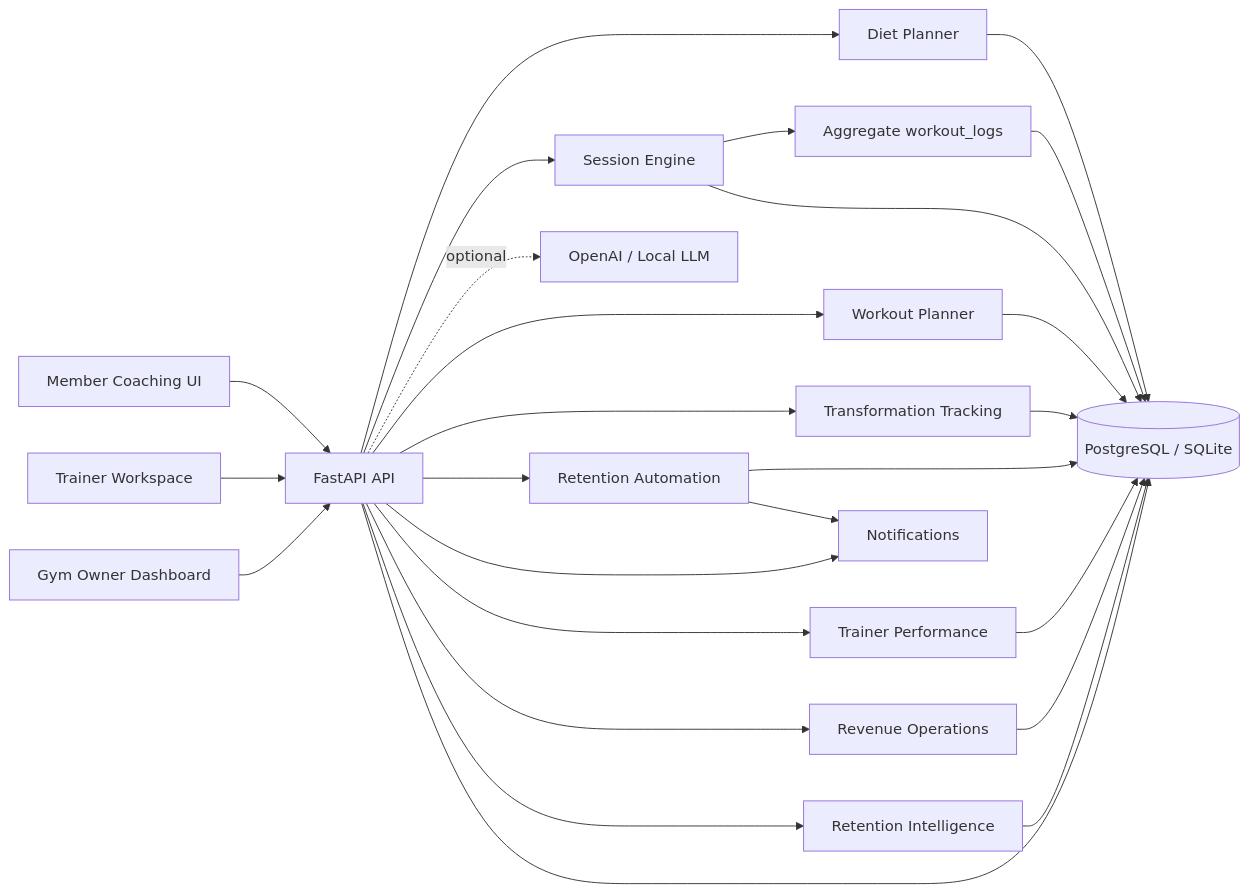
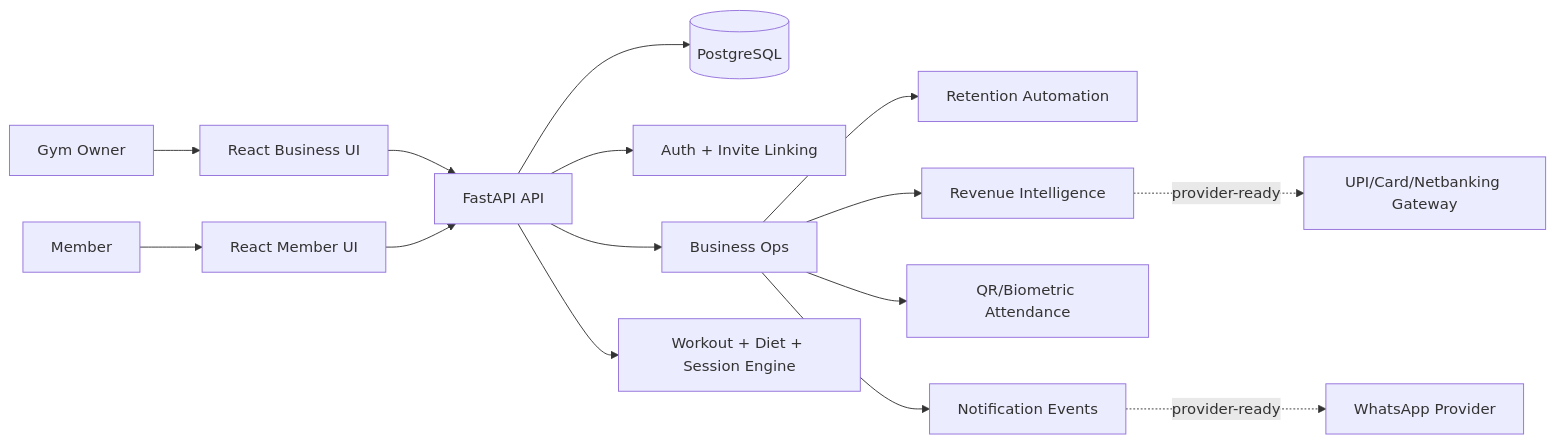
One commit to harshraj78/FitGen.ai changed the diagram in README.md. Above: the diagram before and after it, drawn with Mermaid. The commit also changed other lines of this file and 17 other files, not shown here.

Commit message:
Add member invite flow and polish docs

````diff
--- a/README.md
+++ b/README.md
@@ -208,28 +260,17 @@
 ```mermaid
 flowchart LR
-    OWNER["Gym Owner Dashboard"] --> API["FastAPI API"]
-    TRAINER["Trainer Workspace"] --> API
-    MEMBER["Member Coaching UI"] --> API
-    API --> DB[("PostgreSQL / SQLite")]
-    API --> RI["Retention Intelligence"]
-    API --> RO["Revenue Operations"]
-    API --> TP["Trainer Performance"]
-    API --> RA["Retention Automation"]
-    API --> TS["Transformation Tracking"]
-    API --> WP["Workout Planner"]
-    API --> SE["Session Engine"]
-    API --> DP["Diet Planner"]
-    API --> N["Notifications"]
-    RI --> DB
-    RO --> DB
-    TP --> DB
-    RA --> N
-    RA --> DB
-    TS --> DB
-    WP --> DB
-    SE --> DB
-    SE --> WL["Aggregate workout_logs"]
-    WL --> DB
-    DP --> DB
-    API -. optional .-> LLM["OpenAI / Local LLM"]
+    Owner["Gym Owner"] --> Web["React Business UI"]
+    Member["Member"] --> MemberUI["React Member UI"]
+    Web --> API["FastAPI API"]
+    MemberUI --> API
+    API --> DB[("PostgreSQL")]
+    API --> Auth["Auth + Invite Linking"]
+    API --> Ops["Business Ops"]
+    Ops --> Retention["Retention Automation"]
+    Ops --> Revenue["Revenue Intelligence"]
+    Ops --> Attendance["QR/Biometric Attendance"]
+    Ops --> Notify["Notification Events"]
+    Notify -. provider-ready .-> WhatsApp["WhatsApp Provider"]
+    Revenue -. provider-ready .-> Payments["UPI/Card/Netbanking Gateway"]
+    API --> Coaching["Workout + Diet + Session Engine"]
 ```
````
